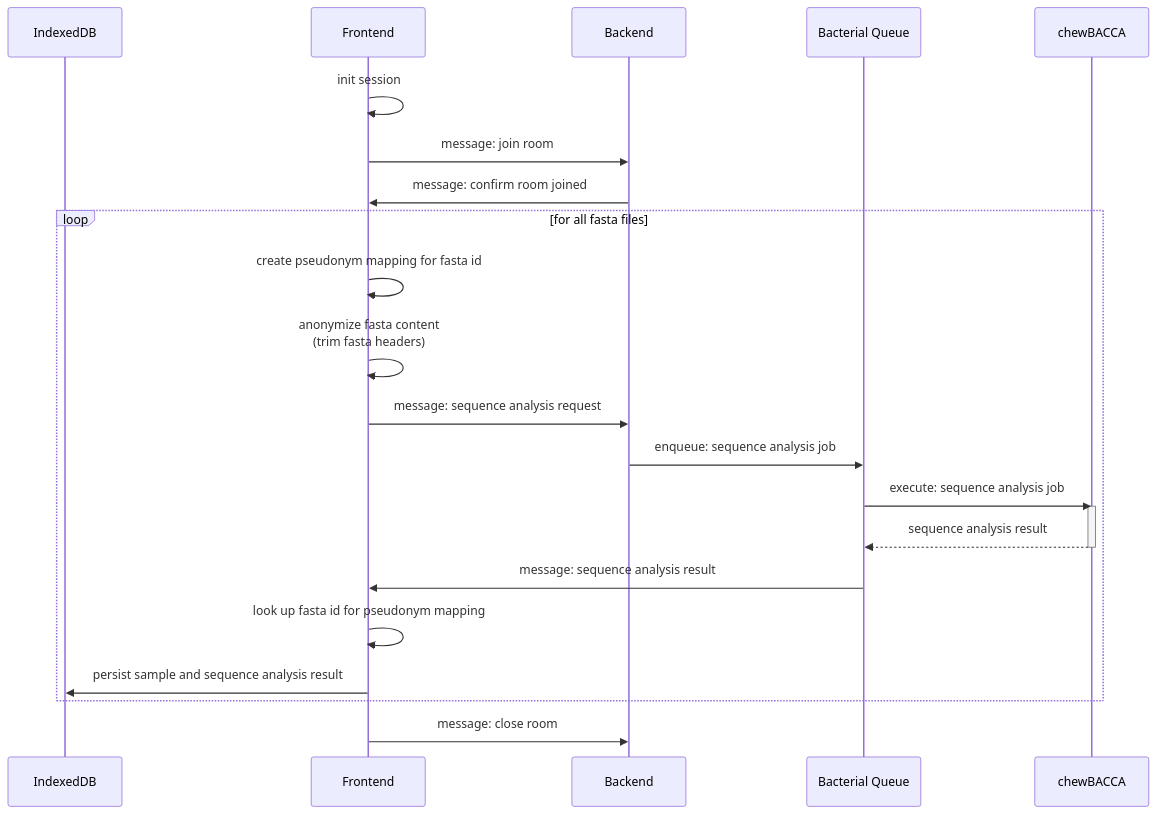
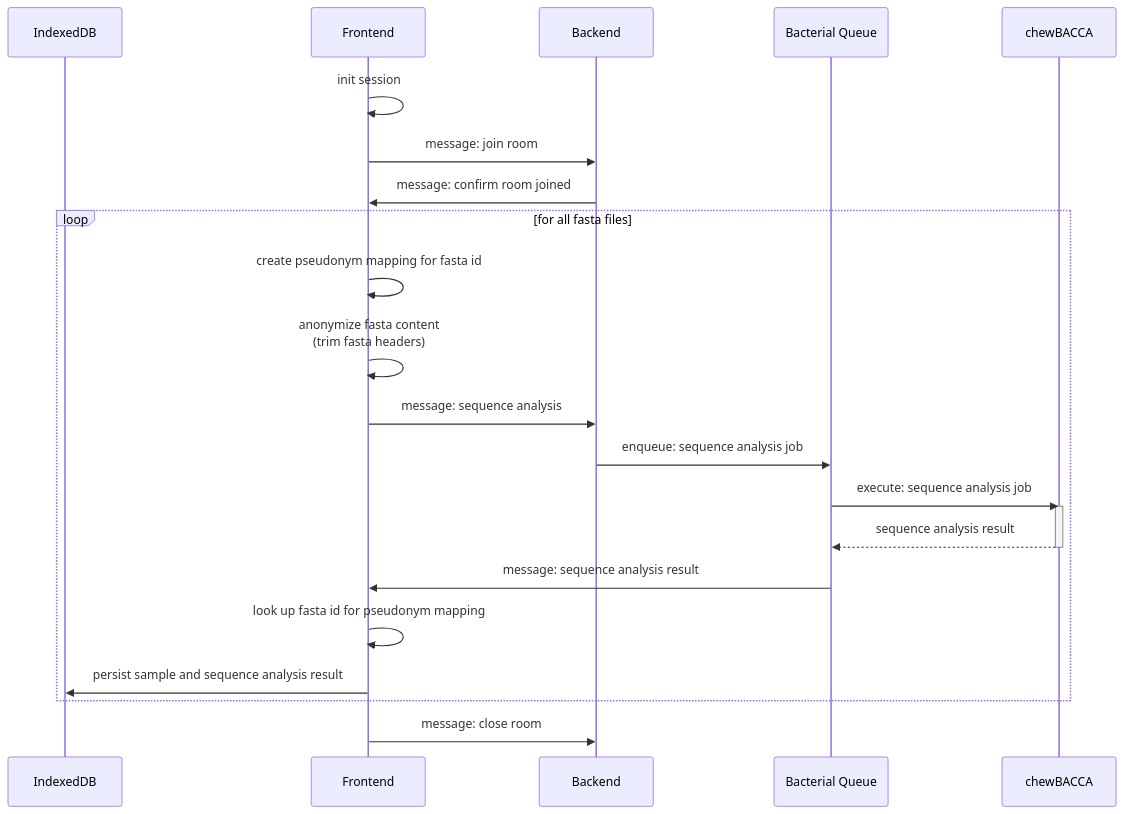
Before and after one commit to DiltheyLab/GENTRAIN: the second of 14 diagrams in documentation/docs/developers/genomic_operations.md, drawn with Mermaid. The commit also changed other lines of this file and 2 other files, not shown here.

````diff
--- a/documentation/docs/developers/genomic_operations.md
+++ b/documentation/docs/developers/genomic_operations.md
@@ -104,25 +106,25 @@
 ```mermaid
 sequenceDiagram
     participant IndexedDB
     participant Frontend
     participant Backend
     participant Bacterial Queue
     participant chewBACCA
     Frontend->>Frontend: init session
     Frontend->>Backend: message: join room
     Backend->>Frontend: message: confirm room joined
     loop for all fasta files
         Frontend->>Frontend: create pseudonym mapping for fasta id
         Frontend->>Frontend: anonymize fasta content<br/>(trim fasta headers)
-        Frontend->>Backend: message: sequence analysis request
+        Frontend->>Backend: message: sequence analysis
         Backend->>Bacterial Queue: enqueue: sequence analysis job
         Bacterial Queue->>chewBACCA: execute: sequence analysis job
         activate chewBACCA
         chewBACCA-->>Bacterial Queue: sequence analysis result
         deactivate chewBACCA
         Bacterial Queue->>Frontend: message: sequence analysis result
         Frontend->>Frontend: look up fasta id for pseudonym mapping
         Frontend->>IndexedDB: persist sample and sequence analysis result
     end
     Frontend->>Backend: message: close room
 ```
````
